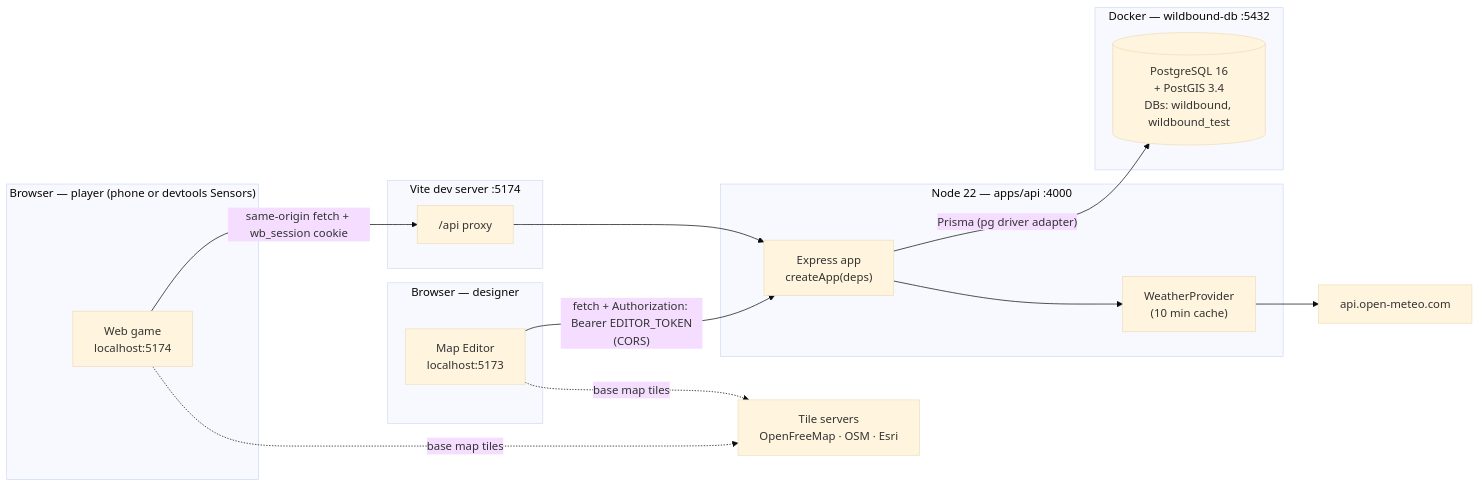
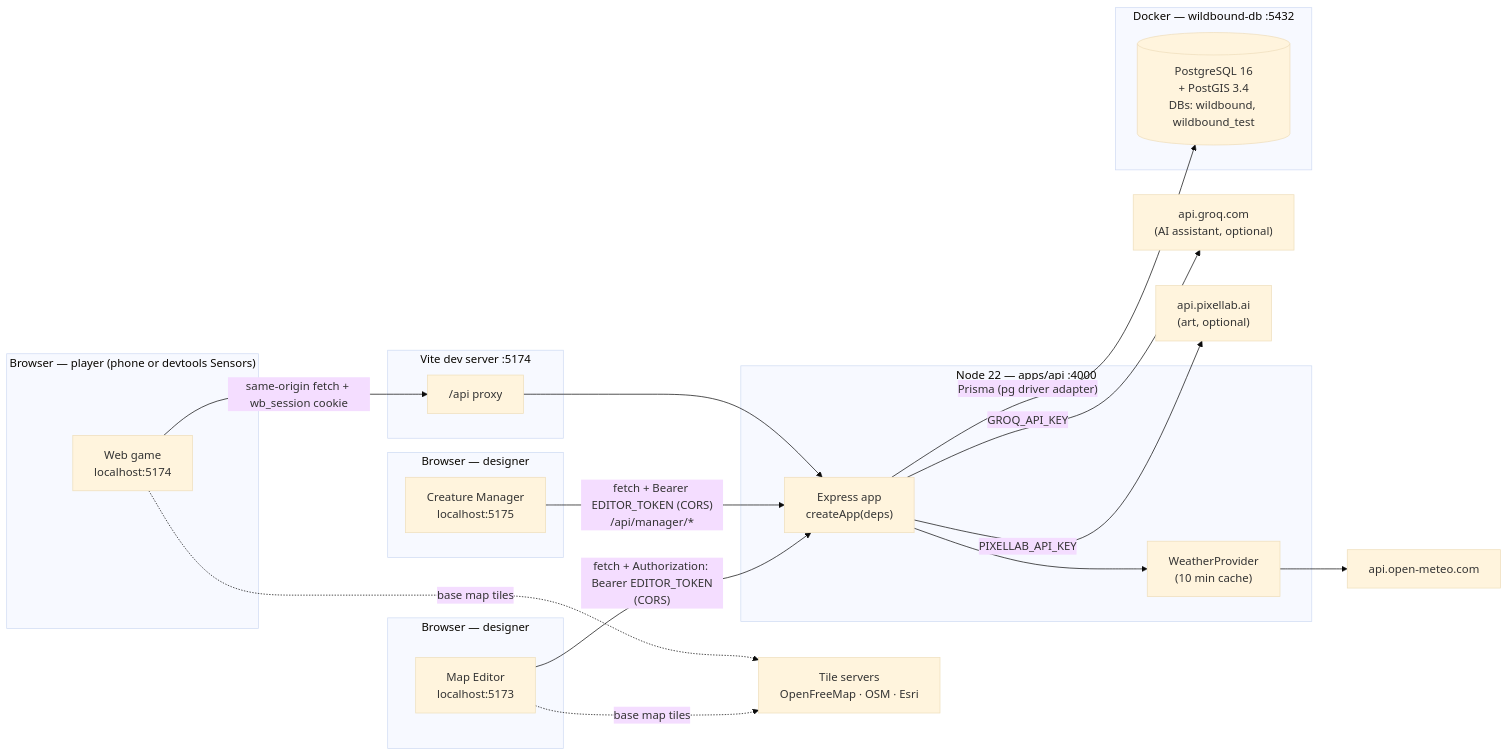
One commit to samceracas/wildbound changed the second of 5 diagrams in docs/01-architecture.md. Above: the diagram before and after it, drawn with Mermaid (base theme). The commit also changed other lines of this file and 21 other files, not shown here.

````diff
--- a/docs/01-architecture.md
+++ b/docs/01-architecture.md
@@ -93,28 +98,36 @@
 ```mermaid
 flowchart LR
     subgraph browser1["Browser — designer"]
         E["Map Editor<br/>localhost:5173"]
+    end
+    subgraph browser3["Browser — designer"]
+        MG["Creature Manager<br/>localhost:5175"]
     end
     subgraph browser2["Browser — player (phone or devtools Sensors)"]
         W["Web game<br/>localhost:5174"]
     end
     subgraph vite["Vite dev server :5174"]
         PX["/api proxy"]
     end
     subgraph node["Node 22 — apps/api :4000"]
         X["Express app<br/>createApp(deps)"]
         WP["WeatherProvider<br/>(10 min cache)"]
     end
     subgraph docker["Docker — wildbound-db :5432"]
         PG[("PostgreSQL 16<br/>+ PostGIS 3.4<br/>DBs: wildbound, wildbound_test")]
     end
     OM["api.open-meteo.com"]
+    GQ["api.groq.com<br/>(AI assistant, optional)"]
+    PL["api.pixellab.ai<br/>(art, optional)"]
     TILES["Tile servers<br/>OpenFreeMap · OSM · Esri"]
 
     E -- "fetch + Authorization: Bearer EDITOR_TOKEN<br/>(CORS)" --> X
+    MG -- "fetch + Bearer EDITOR_TOKEN (CORS)<br/>/api/manager/*" --> X
+    X -- "GROQ_API_KEY" --> GQ
+    X -- "PIXELLAB_API_KEY" --> PL
     W -- "same-origin fetch + wb_session cookie" --> PX --> X
     X -- "Prisma (pg driver adapter)" --> PG
     X --> WP --> OM
     E -. "base map tiles" .-> TILES
     W -. "base map tiles" .-> TILES
 ```
````
